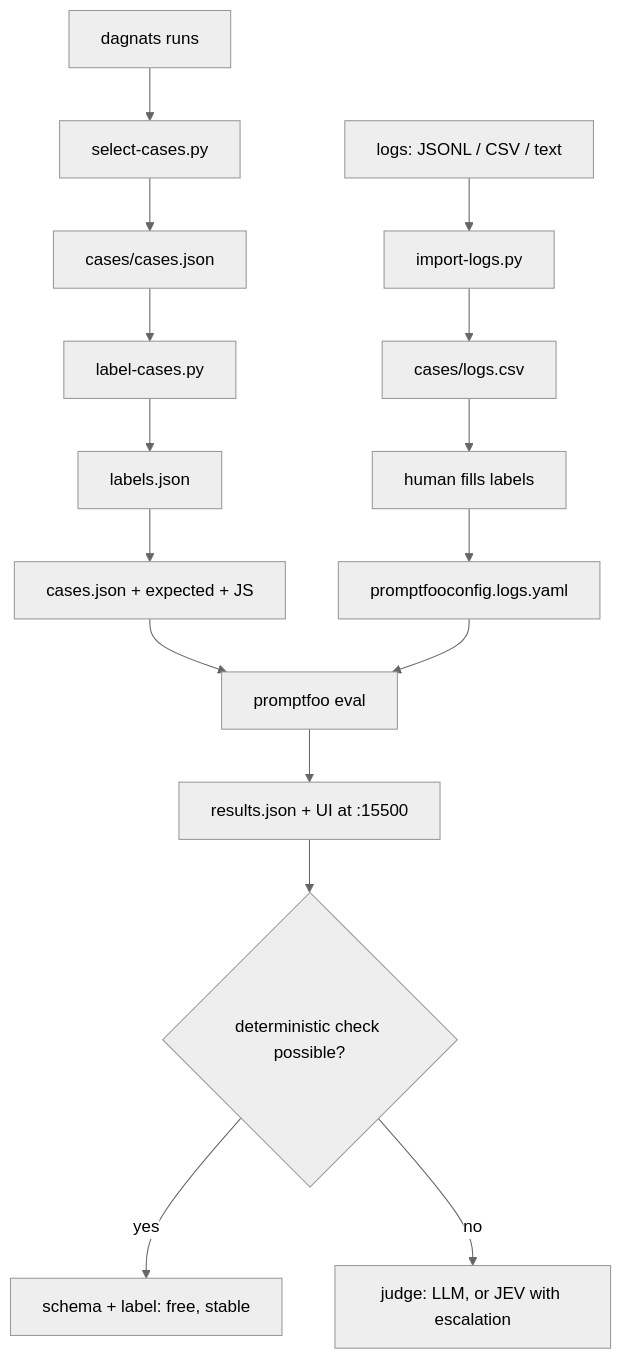
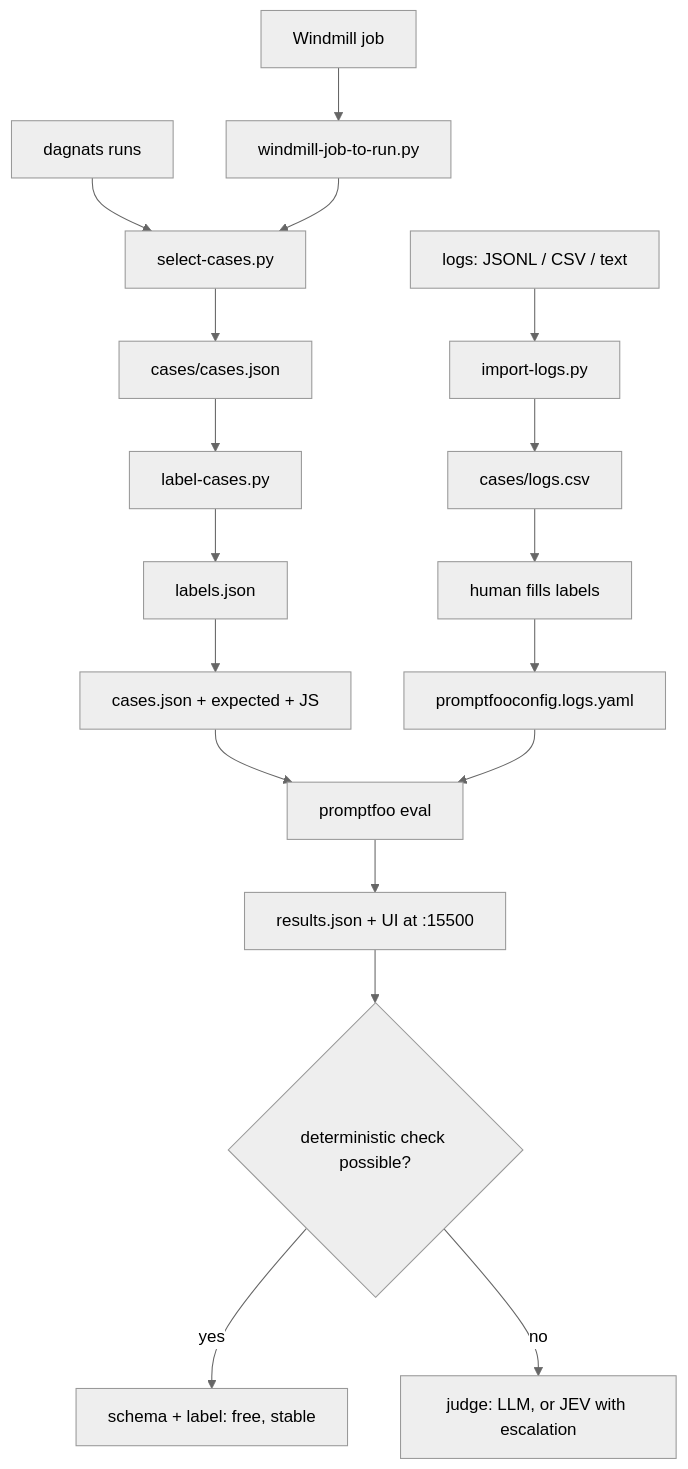
The fourth of 8 diagrams in docs/workflows.md (calionauta/turvez), drawn with Mermaid (neutral theme) before and after one commit. The commit also changed other lines of this file and 46 other files, not shown here.

````diff
--- a/docs/workflows.md
+++ b/docs/workflows.md
@@ -40,18 +67,20 @@
 ```mermaid
 flowchart TD
     R["dagnats runs"] --> S["select-cases.py"]
+    WJ["Windmill job"] --> NORM["windmill-job-to-run.py"]
+    NORM --> S
     L["logs: JSONL / CSV / text"] --> I["import-logs.py"]
     S --> C["cases/cases.json"]
     I --> CSV["cases/logs.csv"]
     C --> L1["label-cases.py"]
     CSV --> HUM["human fills labels"]
     L1 --> LB["labels.json"]
     LB --> C2["cases.json + expected + JS"]
     HUM --> CFG["promptfooconfig.logs.yaml"]
     C2 --> E["promptfoo eval"]
     CFG --> E
     E --> RES["results.json + UI at :15500"]
     RES --> D{"deterministic check possible?"}
     D -->|"yes"| DET["schema + label: free, stable"]
     D -->|"no"| J["judge: LLM, or JEV with escalation"]
 ```
````
